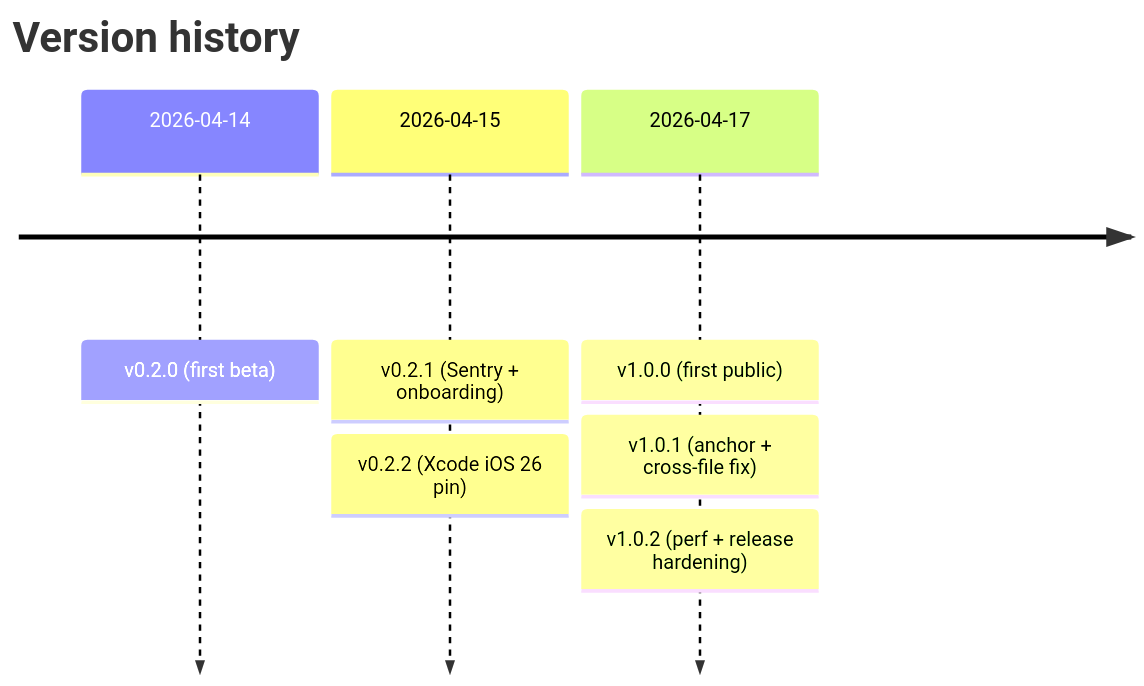
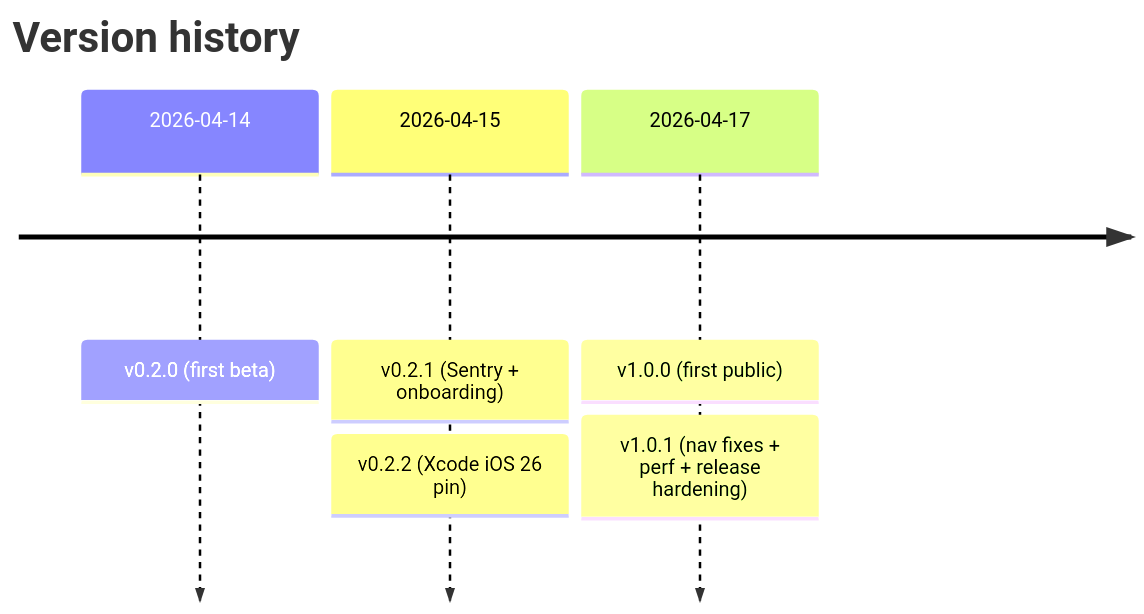
Before and after one commit to cemililik/markdown-viewer-mobile: the second of 3 diagrams in docs/examples/05-mermaid/timeline.md, drawn with Mermaid. The commit also changed 7 other files, not shown here.

````diff
--- a/docs/examples/05-mermaid/timeline.md
+++ b/docs/examples/05-mermaid/timeline.md
@@ -25,10 +25,9 @@
 ```mermaid
 timeline
     title Version history
     2026-04-14 : v0.2.0 (first beta)
     2026-04-15 : v0.2.1 (Sentry + onboarding)
                : v0.2.2 (Xcode iOS 26 pin)
     2026-04-17 : v1.0.0 (first public)
-               : v1.0.1 (anchor + cross-file fix)
-               : v1.0.2 (perf + release hardening)
+               : v1.0.1 (nav fixes + perf + release hardening)
 ```
````
